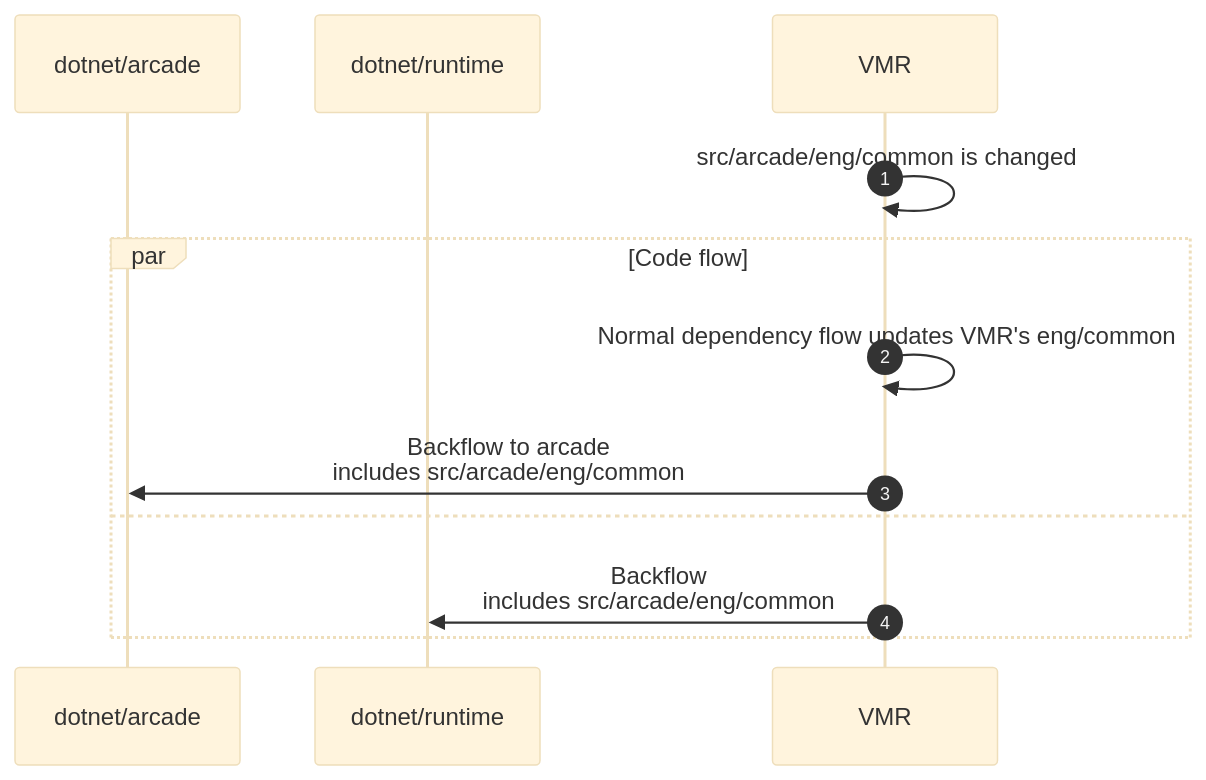
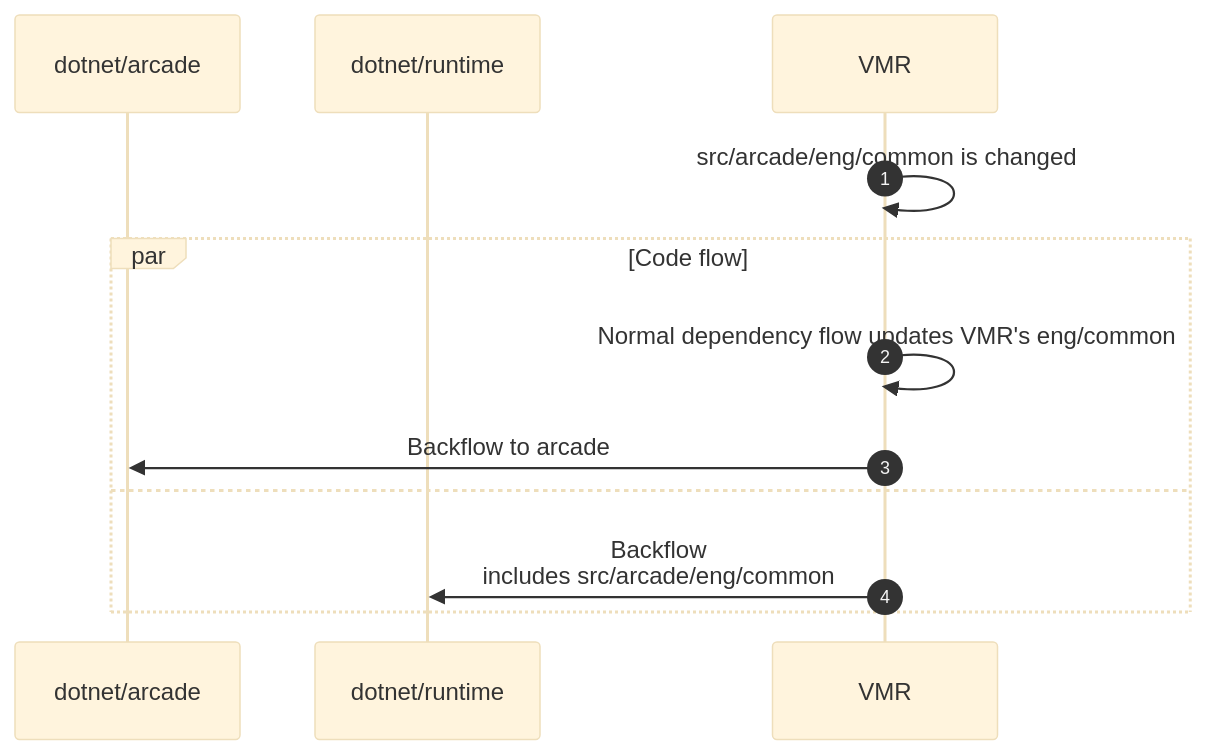
One commit to dotnet/arcade changed the fifth of 5 diagrams in Documentation/UnifiedBuild/VMR-Full-Code-Flow.md. Above: the diagram before and after it, drawn with Mermaid (base theme). The commit also changed other lines of this file, not shown here.

````diff
--- a/Documentation/UnifiedBuild/VMR-Full-Code-Flow.md
+++ b/Documentation/UnifiedBuild/VMR-Full-Code-Flow.md
@@ -512,17 +508,17 @@
 ```mermaid
 sequenceDiagram
     autonumber
 
     participant arcade as dotnet/arcade
     participant runtime as dotnet/runtime
     participant VMR as VMR
 
     VMR->>VMR: src/arcade/eng/common is changed
 
     par Code flow
     VMR->>VMR: Normal dependency flow updates VMR's eng/common
-    VMR->>arcade: Backflow to arcade<br>includes src/arcade/eng/common
+    VMR->>arcade: Backflow to arcade
     and
     VMR->>runtime: Backflow<br>includes src/arcade/eng/common
     end
 ```
````
